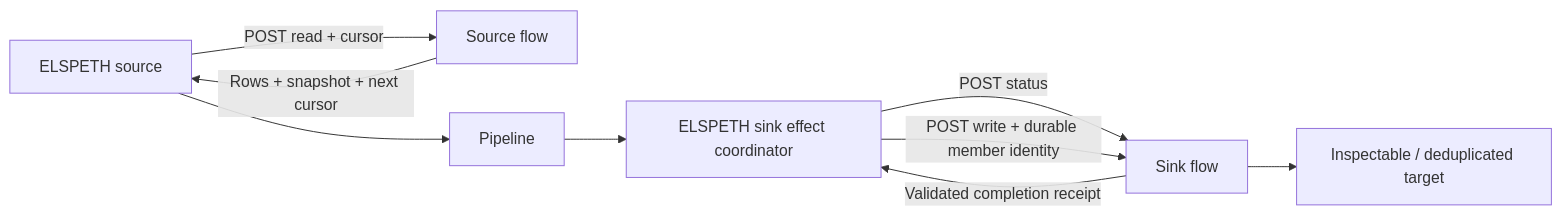
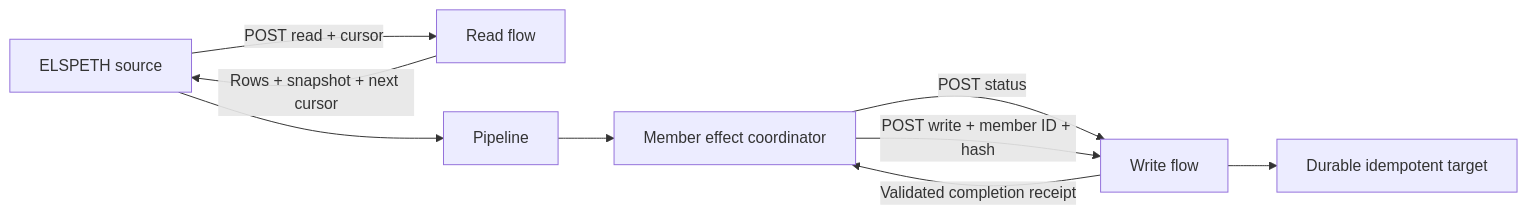
The diagram in docs/plans/2026-09-30-power-automate-sources-and-sinks.md (dta-au/elspeth), drawn with Mermaid before and after one commit. The commit also changed other lines of this file, not shown here.

````diff
--- a/docs/plans/2026-09-30-power-automate-sources-and-sinks.md
+++ b/docs/plans/2026-09-30-power-automate-sources-and-sinks.md
@@ -27,11 +21,11 @@
 ```mermaid
 flowchart LR
-    S[ELSPETH source] -->|POST read + cursor| R[Source flow]
+    S[ELSPETH source] -->|POST read + cursor| R[Read flow]
     R -->|Rows + snapshot + next cursor| S
     S --> P[Pipeline]
-    P --> K[ELSPETH sink effect coordinator]
-    K -->|POST status| W[Sink flow]
-    K -->|POST write + durable member identity| W
-    W --> D[Inspectable / deduplicated target]
+    P --> K[Member effect coordinator]
+    K -->|POST status| W[Write flow]
+    K -->|POST write + member ID + hash| W
+    W --> D[Durable idempotent target]
     W -->|Validated completion receipt| K
 ```
````
